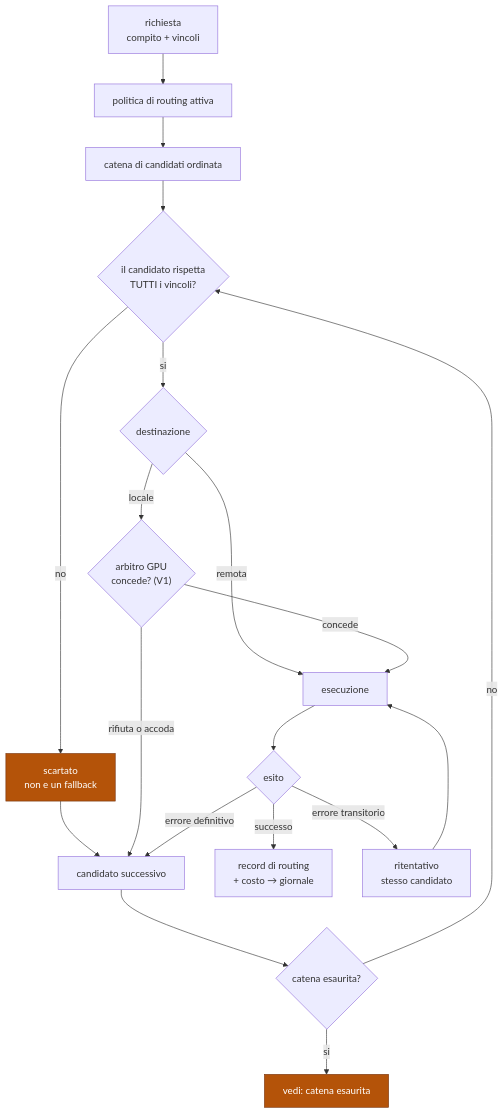
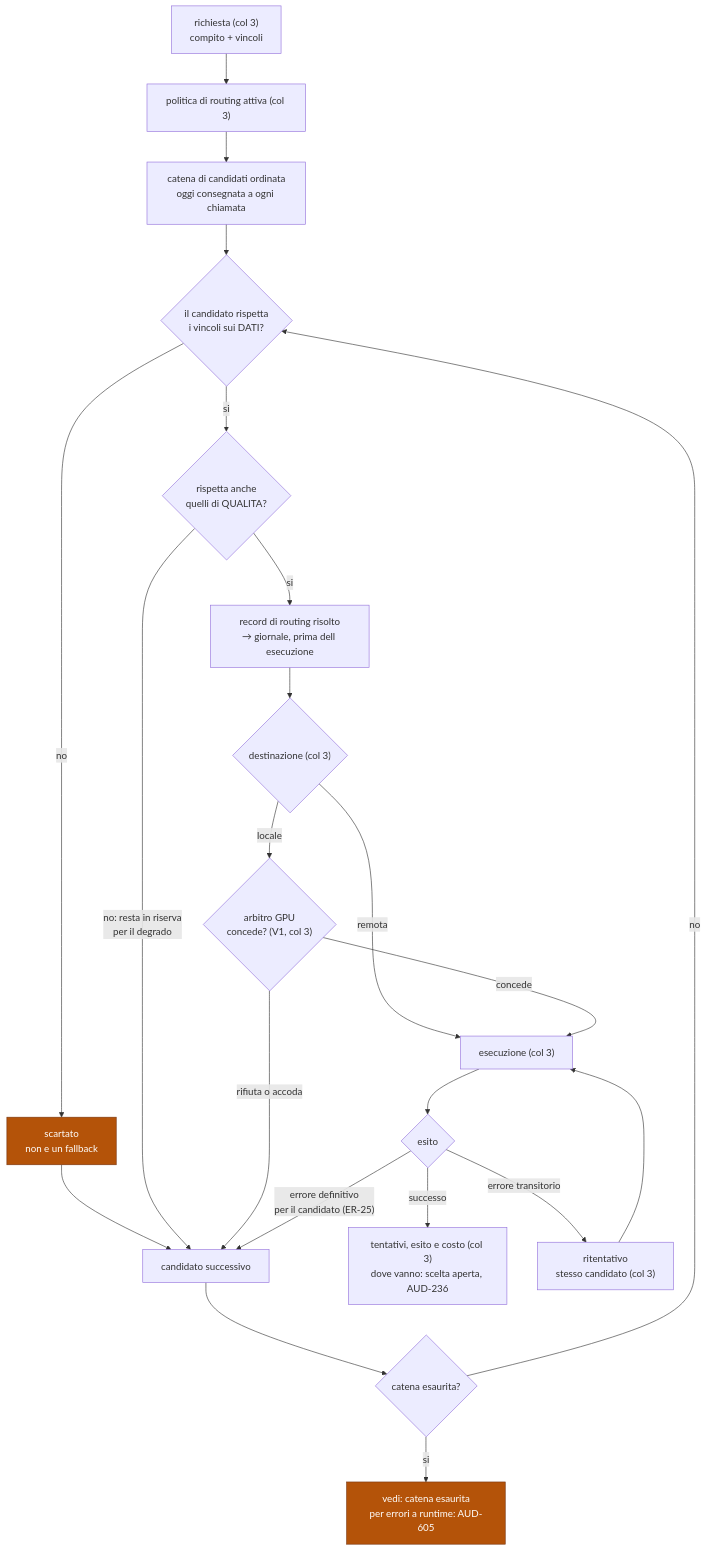
One commit to devfrx/daemon changed the first of 3 diagrams in docs/design/05-gateway-inferenza.md. Above: the diagram before and after it, drawn with Mermaid. The commit also changed other lines of this file and 2 other files, not shown here.

First line of the commit message:
audit(2026-09-30): i diagrammi 04-06 dicono il vero di oggi, col segno (col N) su ciò che è deciso e non costruito

````diff
--- a/docs/design/05-gateway-inferenza.md
+++ b/docs/design/05-gateway-inferenza.md
@@ -22,28 +35,32 @@
 ```mermaid
 flowchart TD
-    R["richiesta<br/>compito + vincoli"] --> P["politica di routing attiva"]
-    P --> C["catena di candidati ordinata"]
+    R["richiesta (col 3)<br/>compito + vincoli"] --> P["politica di routing attiva (col 3)"]
+    P --> C["catena di candidati ordinata<br/>oggi consegnata a ogni chiamata"]
 
-    C --> F{"il candidato rispetta<br/>TUTTI i vincoli?"}
+    C --> F{"il candidato rispetta<br/>i vincoli sui DATI?"}
     F -->|no| X["scartato<br/>non e un fallback"]
     X --> NEXT["candidato successivo"]
 
-    F -->|si| D{"destinazione"}
-    D -->|remota| EX["esecuzione"]
-    D -->|locale| G{"arbitro GPU<br/>concede? (V1)"}
+    F -->|si| Q{"rispetta anche<br/>quelli di QUALITA?"}
+    Q -->|"no: resta in riserva<br/>per il degrado"| NEXT
+    Q -->|si| REC["record di routing risolto<br/>→ giornale, prima dell esecuzione"]
+
+    REC --> D{"destinazione (col 3)"}
+    D -->|remota| EX["esecuzione (col 3)"]
+    D -->|locale| G{"arbitro GPU<br/>concede? (V1, col 3)"}
     G -->|"rifiuta o accoda"| NEXT
     G -->|concede| EX
 
     EX --> OK{"esito"}
-    OK -->|successo| REC["record di routing<br/>+ costo → giornale"]
-    OK -->|"errore transitorio"| RT["ritentativo<br/>stesso candidato"]
-    OK -->|"errore definitivo"| NEXT
+    OK -->|successo| AC["tentativi, esito e costo (col 3)<br/>dove vanno: scelta aperta, AUD-236"]
+    OK -->|"errore transitorio"| RT["ritentativo<br/>stesso candidato (col 3)"]
+    OK -->|"errore definitivo<br/>per il candidato (ER-25)"| NEXT
     RT --> EX
 
     NEXT --> END{"catena esaurita?"}
     END -->|no| F
-    END -->|si| FC["vedi: catena esaurita"]
+    END -->|si| FC["vedi: catena esaurita<br/>per errori a runtime: AUD-605"]
 
     classDef bad fill:#b45309,stroke:#78350f,color:#fff
     class X,FC bad
 ```
````
